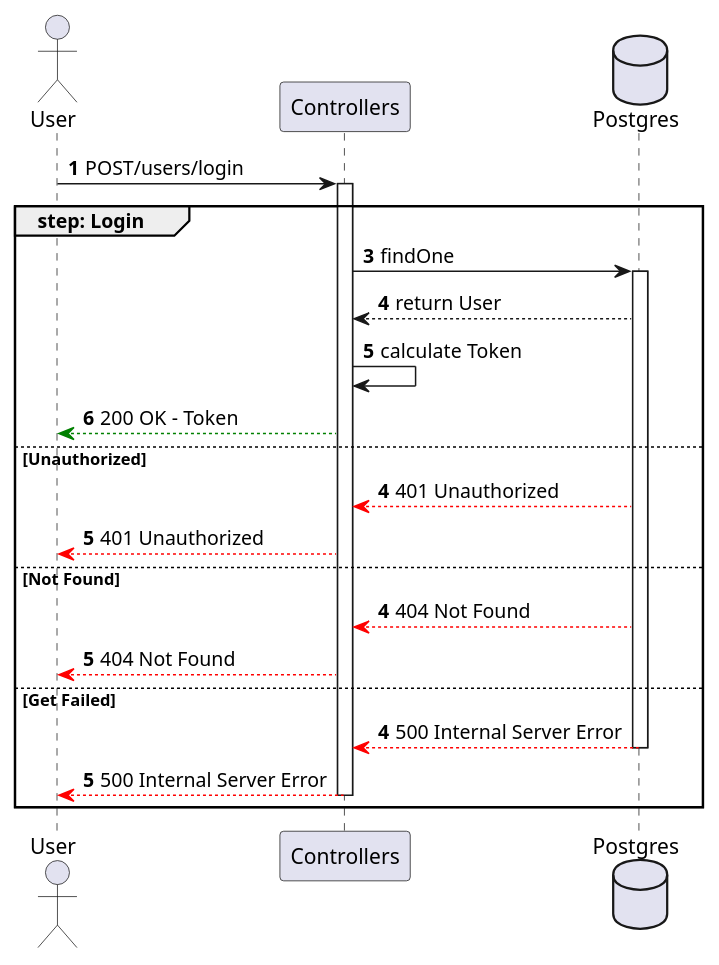
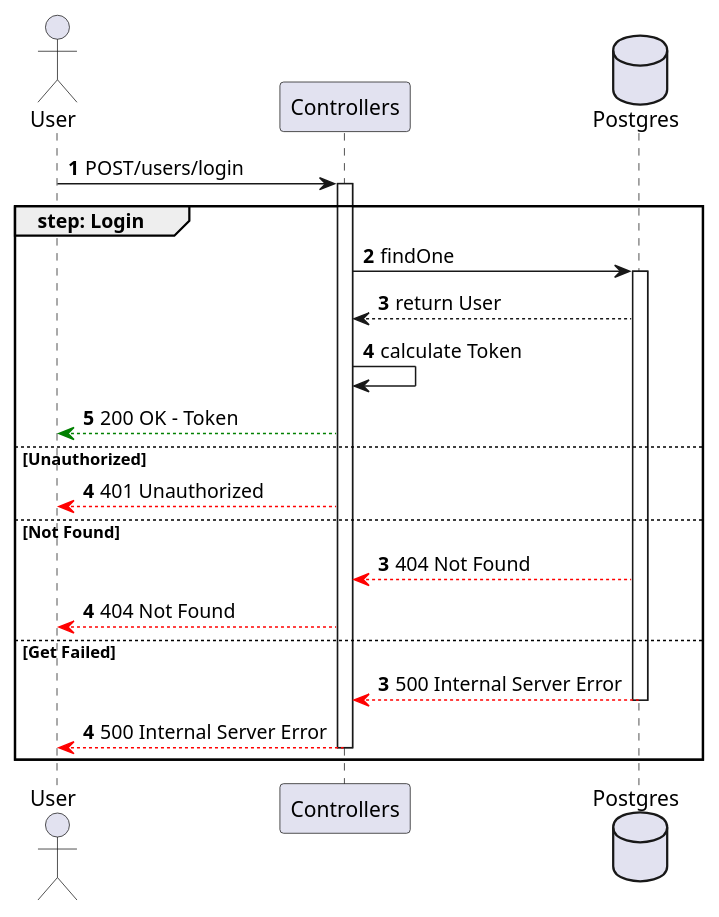
Before and after one commit to ShadowWalker1411/ProgrammazioneAvanzataREPO: the diagram in sequence_diagrams/users/Login.puml, drawn with PlantUML. The commit also changed 34 other files, not shown here.

```diff
--- a/sequence_diagrams/users/Login.puml
+++ b/sequence_diagrams/users/Login.puml
@@ -1,29 +1,27 @@
 @startuml login
 
 actor User
 participant Controllers
 database Postgres
 
 autonumber
 User -> Controllers ++: POST/users/login
 group step: Login
-    autonumber 3
     Controllers -> Postgres ++: findOne
     Postgres --> Controllers: return User
     Controllers -> Controllers : calculate Token
     Controllers --[#green]> User : 200 OK - Token
 else Unauthorized
     autonumber 4
-    Postgres --[#red]> Controllers: 401 Unauthorized
     Controllers --[#red]> User : 401 Unauthorized
 else Not Found
-    autonumber 4
+    autonumber 3
     Postgres --[#red]> Controllers : 404 Not Found
     Controllers --[#red]> User : 404 Not Found
 else Get Failed
-    autonumber 4
+    autonumber 3
     Postgres --[#red]> Controllers --: 500 Internal Server Error
     Controllers --[#red]> User --: 500 Internal Server Error
 end
 
 @enduml
```
